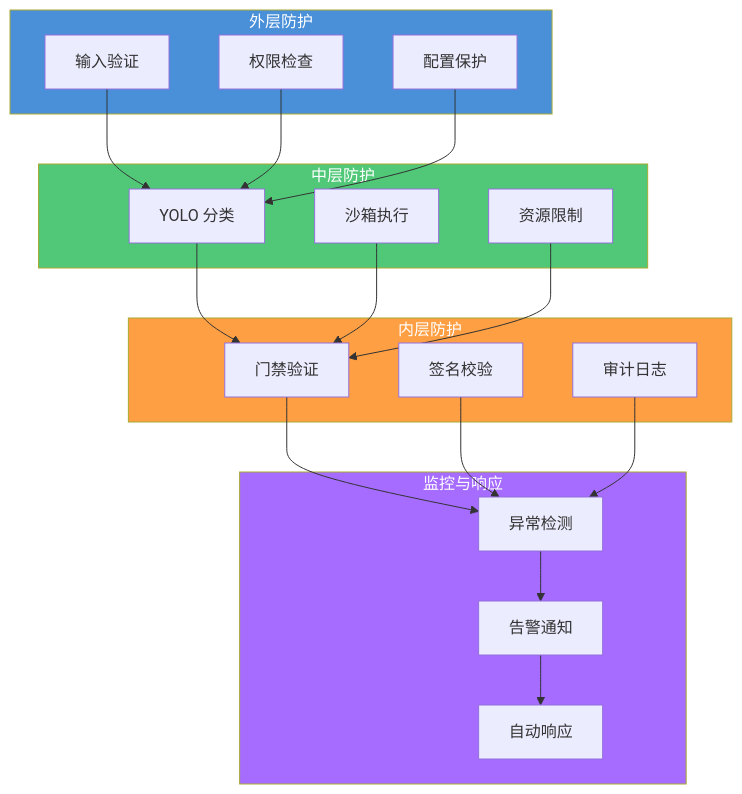
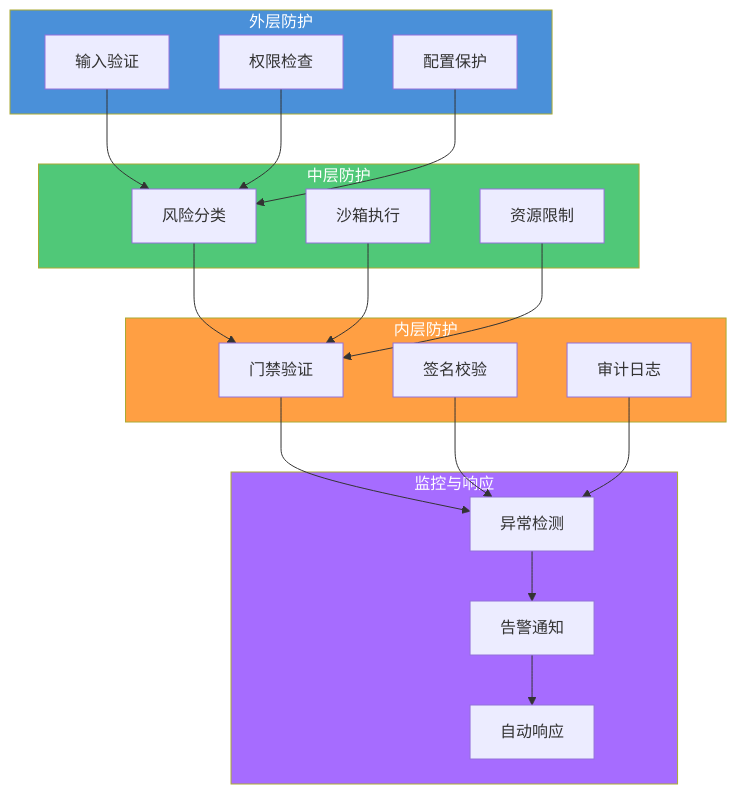
Before and after one commit to tonydeng/harness-engineering-from-oc-to-ai-coding: diagram 12 of 12 in src/02-core-concepts/validation-harness.md, drawn with Mermaid. The commit also changed other lines of this file and 69 other files, not shown here.

````diff
--- a/src/02-core-concepts/validation-harness.md
+++ b/src/02-core-concepts/validation-harness.md
@@ -1228,43 +1230,43 @@
 ```mermaid
 flowchart TB
     subgraph 外层防护["外层防护"]
         O1[输入验证]
         O2[权限检查]
         O3[配置保护]
     end
     
     subgraph 中层防护["中层防护"]
-        M1[YOLO 分类]
+        M1[风险分类]
         M2[沙箱执行]
         M3[资源限制]
     end
     
     subgraph 内层防护["内层防护"]
         I1[门禁验证]
         I2[签名校验]
         I3[审计日志]
     end
     
     subgraph 监控响应["监控与响应"]
         R1[异常检测]
         R2[告警通知]
         R3[自动响应]
     end
     
     O1 --> M1
     O2 --> M1
     O3 --> M1
     M1 --> I1
     M2 --> I1
     M3 --> I1
     I1 --> R1
     I2 --> R1
     I3 --> R1
     R1 --> R2
     R2 --> R3
     
     style 外层防护 fill:#4A90D9,color:#fff
     style 中层防护 fill:#50C878,color:#fff
     style 内层防护 fill:#FF9F43,color:#fff
     style 监控响应 fill:#A66CFF,color:#fff
 ```
````
